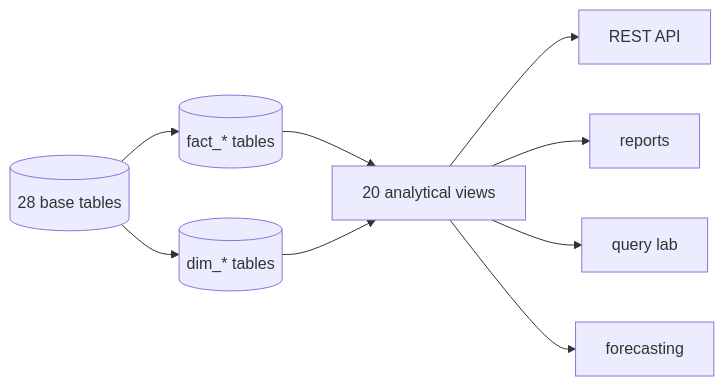
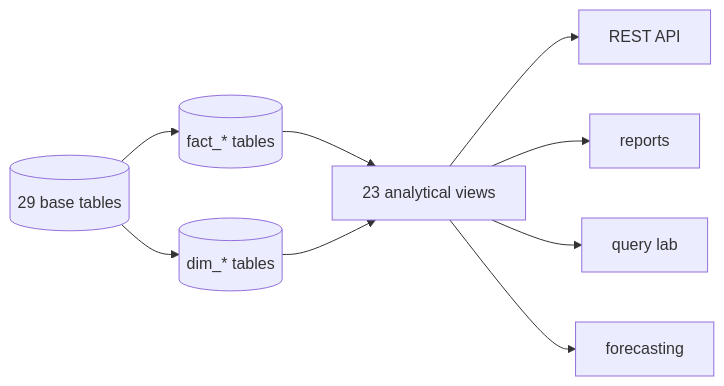
Before and after one commit to Ahmedbakr78/Web-to-Warehouse-Product-Intelligence-Pipeline: the second of 2 diagrams in docs/28_schema_and_migrations.md, drawn with Mermaid. The commit also changed other lines of this file and 92 other files, not shown here.

````diff
--- a/docs/28_schema_and_migrations.md
+++ b/docs/28_schema_and_migrations.md
@@ -95,11 +95,11 @@
 ```mermaid
 flowchart LR
-  raw[(28 base tables)] --> facts[(fact_* tables)]
+  raw[(29 base tables)] --> facts[(fact_* tables)]
   raw --> dims[(dim_* tables)]
-  facts --> views[20 analytical views]
+  facts --> views[23 analytical views]
   dims --> views
   views --> api[REST API]
   views --> reports[reports]
   views --> query[query lab]
   views --> forecast[forecasting]
 ```
````
